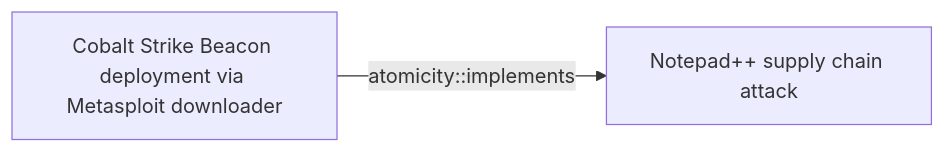
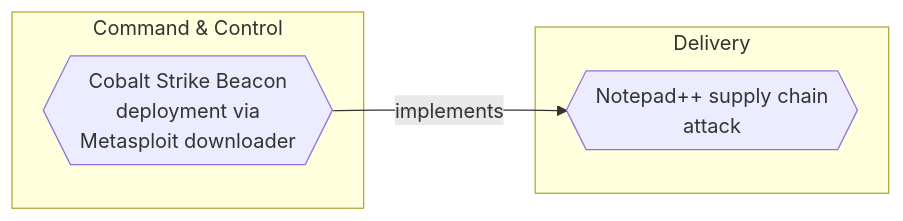
Before and after one commit to opentidehq/library: the first of 2 diagrams in docs/threats/cobalt-strike-beacon-deployment-via-metasploit-downloader.md, drawn with Mermaid. The commit also changed other lines of this file and 540 other files, not shown here.

````diff
--- a/docs/threats/cobalt-strike-beacon-deployment-via-metasploit-downloader.md
+++ b/docs/threats/cobalt-strike-beacon-deployment-via-metasploit-downloader.md
@@ -352,6 +355,10 @@
 ```mermaid
 flowchart LR
-7c4d9a2e_8f3b_4e6a_9d1c_5a7b8e2f4d3a["Cobalt Strike Beacon deployment via Metasploit downloader"]
-8b7cae6f_b6cf_4414_9cdc_fe8c8ee7ee22["Notepad++ supply chain attack"]
-7c4d9a2e_8f3b_4e6a_9d1c_5a7b8e2f4d3a -->|atomicity::implements| 8b7cae6f_b6cf_4414_9cdc_fe8c8ee7ee22
+subgraph "Command & Control"
+7c4d9a2e_8f3b_4e6a_9d1c_5a7b8e2f4d3a{{"Cobalt Strike Beacon<br>deployment via<br>Metasploit downloader"}}
+end
+subgraph "Delivery"
+8b7cae6f_b6cf_4414_9cdc_fe8c8ee7ee22{{"Notepad++ supply chain<br>attack"}}
+end
+7c4d9a2e_8f3b_4e6a_9d1c_5a7b8e2f4d3a -->|implements| 8b7cae6f_b6cf_4414_9cdc_fe8c8ee7ee22
 ```
````
